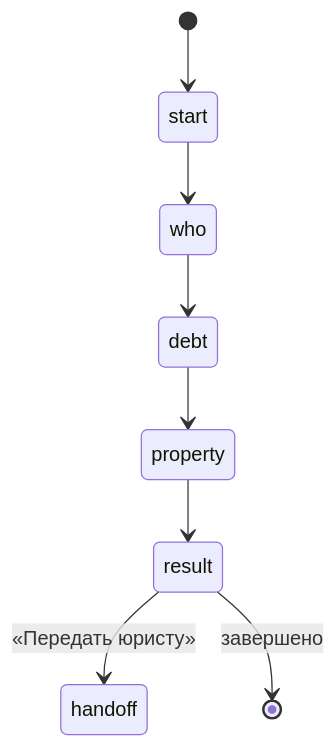
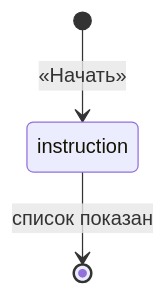
Before and after one commit to IvanBurtsev/Helpmax: the diagram in docs/bot-engine.md, drawn with Mermaid. The commit also changed other lines of this file and 38 other files, not shown here.

````diff
--- a/docs/bot-engine.md
+++ b/docs/bot-engine.md
@@ -8,10 +9,5 @@
 ```mermaid
 stateDiagram-v2
-  [*] --> start
-  start --> who
-  who --> debt
-  debt --> property
-  property --> result
-  result --> handoff: «Передать юристу»
-  result --> [*]: завершено
+  [*] --> instruction: «Начать»
+  instruction --> [*]: список показан
 ```
````
